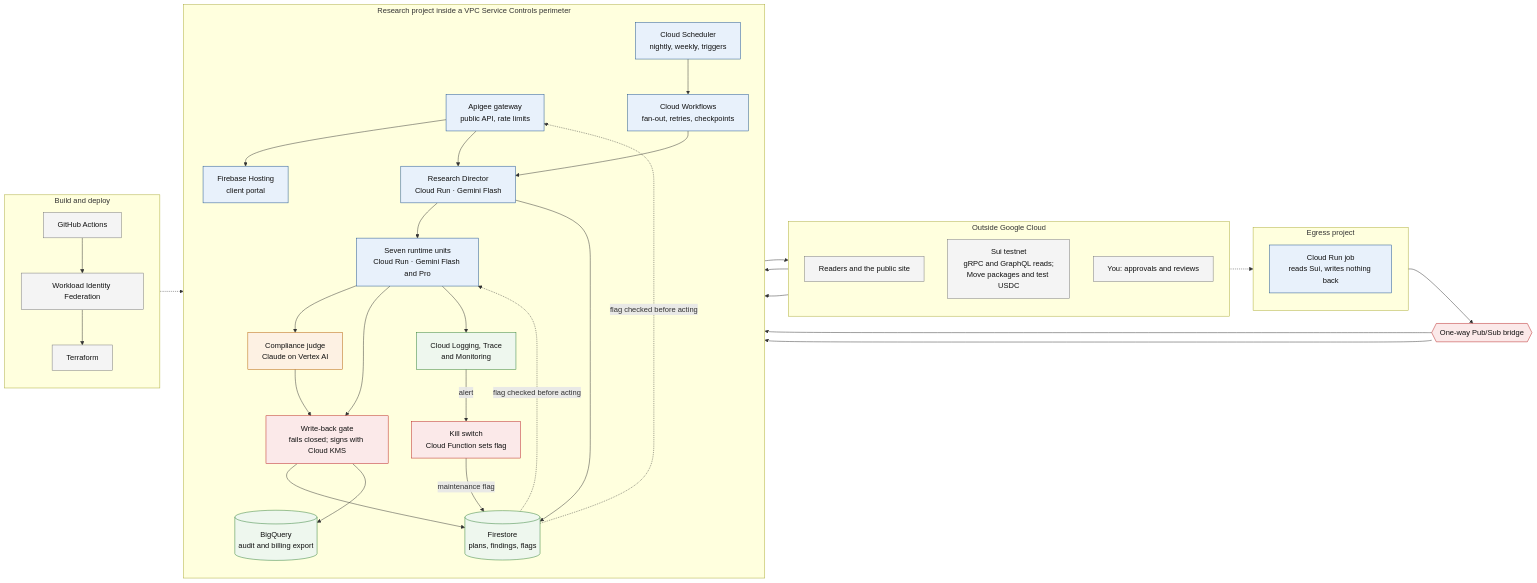
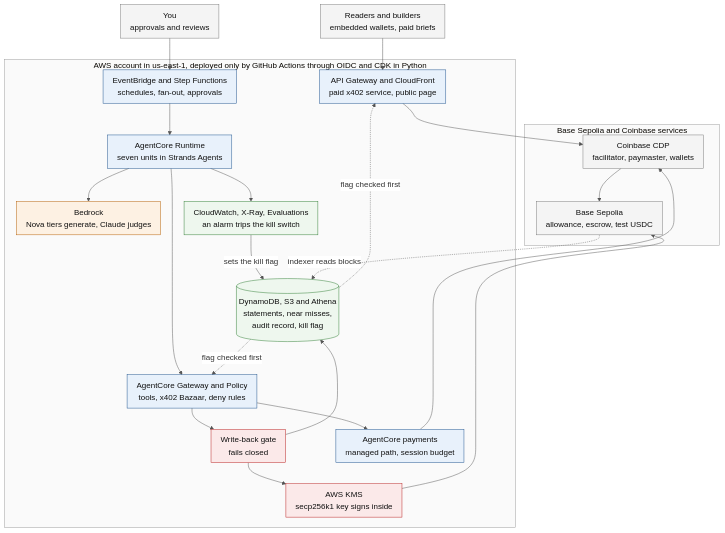
The diagram in docs/img/architecture.mmd (dinkycoder/ambition), drawn with Mermaid before and after one commit. The commit also changed 44 other files, not shown here.

First line of the commit message:
Move to AWS and Base and rename Ambition to Agency Lab (P-23 to P-25)

```diff
--- a/docs/img/architecture.mmd
+++ b/docs/img/architecture.mmd
@@ -1,66 +1,44 @@
-flowchart LR
+%%{init: {"theme": "base", "flowchart": {"curve": "basis", "nodeSpacing": 30, "rankSpacing": 45, "padding": 10, "wrappingWidth": 340}, "themeCSS": ".nodeLabel, .edgeLabel, .cluster-label, .label, text, span, p { font-family: Inter, sans-serif !important; }", "themeVariables": {"fontFamily": "Inter, sans-serif", "fontSize": "17px", "clusterBkg": "#fafafa", "clusterBorder": "#9a9a9a", "lineColor": "#555", "edgeLabelBackground": "#ffffff"}}}%%
+flowchart TB
   classDef ext fill:#f4f4f4,stroke:#777,color:#111
   classDef core fill:#e8f1fb,stroke:#1a4f8b,color:#111
   classDef model fill:#fdf1e3,stroke:#b35c00,color:#111
   classDef store fill:#eef7ee,stroke:#2e7d32,color:#111
   classDef ctrl fill:#fbe9e9,stroke:#b71c1c,color:#111
 
-  subgraph OUT["Outside Google Cloud"]
-    direction TB
-    READER["Readers and the public site"]:::ext
-    SUI["Sui testnet<br/>gRPC and GraphQL reads;<br/>Move packages and test USDC"]:::ext
-    OPS["You: approvals and reviews"]:::ext
+  READER["Readers and builders<br/>embedded wallets, paid briefs"]:::ext
+  OPS["You<br/>approvals and reviews"]:::ext
+
+  subgraph AWS["AWS account in us-east-1, deployed only by GitHub Actions through OIDC and CDK in Python"]
+    ENTRY["API Gateway and CloudFront<br/>paid x402 service, public page"]:::core
+    SFN["EventBridge and Step Functions<br/>schedules, fan-out, approvals"]:::core
+    RT["AgentCore Runtime<br/>seven units in Strands Agents"]:::core
+    MODELS["Bedrock<br/>Nova tiers generate, Claude judges"]:::model
+    OBS["CloudWatch, X-Ray, Evaluations<br/>an alarm trips the kill switch"]:::store
+    GW["AgentCore Gateway and Policy<br/>tools, x402 Bazaar, deny rules"]:::core
+    GATE["Write-back gate<br/>fails closed"]:::ctrl
+    KMS["AWS KMS<br/>secp256k1 key signs inside"]:::ctrl
+    PAY["AgentCore payments<br/>managed path, session budget"]:::core
+    REC[("DynamoDB, S3 and Athena<br/>statements, near misses,<br/>audit record, kill flag")]:::store
   end
 
-  subgraph EGR["Egress project"]
-    direction TB
-    EJOB["Cloud Run job<br/>reads Sui, writes nothing back"]:::core
+  subgraph CHAIN["Base Sepolia and Coinbase services"]
+    CDP["Coinbase CDP<br/>facilitator, paymaster, wallets"]:::ext
+    BASE["Base Sepolia<br/>allowance, escrow, test USDC"]:::ext
   end
 
-  BRIDGE{{"One-way Pub/Sub bridge"}}:::ctrl
-
-  subgraph PERIM["Research project inside a VPC Service Controls perimeter"]
-    direction TB
-    APIGEE["Apigee gateway<br/>public API, rate limits"]:::core
-    HOST["Firebase Hosting<br/>client portal"]:::core
-    SCHED["Cloud Scheduler<br/>nightly, weekly, triggers"]:::core
-    WF["Cloud Workflows<br/>fan-out, retries, checkpoints"]:::core
-    DIR["Research Director<br/>Cloud Run · Gemini Flash"]:::core
-    UNITS["Seven runtime units<br/>Cloud Run · Gemini Flash and Pro"]:::core
-    JUDGE["Compliance judge<br/>Claude on Vertex AI"]:::model
-    GATE["Write-back gate<br/>fails closed; signs with Cloud KMS"]:::ctrl
-    FS[("Firestore<br/>plans, findings, flags")]:::store
-    AUDIT[("BigQuery<br/>audit and billing export")]:::store
-    OBS["Cloud Logging, Trace<br/>and Monitoring"]:::store
-    KILL["Kill switch<br/>Cloud Function sets flag"]:::ctrl
-  end
-
-  subgraph BUILD["Build and deploy"]
-    direction TB
-    GHA["GitHub Actions"]:::ext
-    WIF["Workload Identity Federation"]:::ext
-    TF["Terraform"]:::ext
-  end
-
-  READER --> APIGEE
-  APIGEE --> HOST
-  APIGEE --> DIR
-  OPS --> APIGEE
-  SCHED --> WF --> DIR --> UNITS
-  UNITS --> JUDGE
-  UNITS --> GATE
-  JUDGE --> GATE
-  GATE --> SUI
-  GATE --> FS
-  GATE --> AUDIT
-  DIR --> FS
-  SUI -.-> EJOB
-  EJOB --> BRIDGE --> PERIM
-  BRIDGE --> FS
-  UNITS --> OBS
-  OBS -- "alert" --> KILL
-  KILL -- "maintenance flag" --> FS
-  FS -. "flag checked before acting" .-> APIGEE
-  FS -. "flag checked before acting" .-> UNITS
-  GHA --> WIF --> TF
-  TF -.-> PERIM
+  READER --> ENTRY
+  OPS --> SFN
+  SFN --> RT
+  RT --> MODELS
+  RT --> OBS
+  RT --> GW
+  GW --> GATE --> KMS --> BASE
+  GW --> PAY --> CDP
+  ENTRY --> CDP
+  CDP --> BASE
+  GATE --> REC
+  OBS -- "sets the kill flag" --> REC
+  BASE -. "indexer reads blocks" .-> REC
+  REC -. "flag checked first" .-> GW
+  REC -. "flag checked first" .-> ENTRY
```
